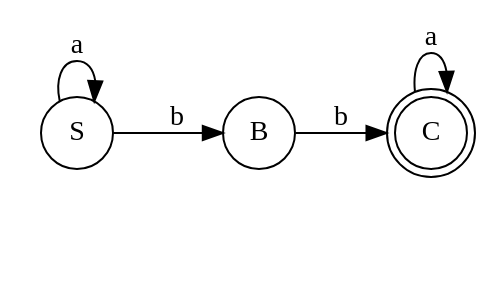
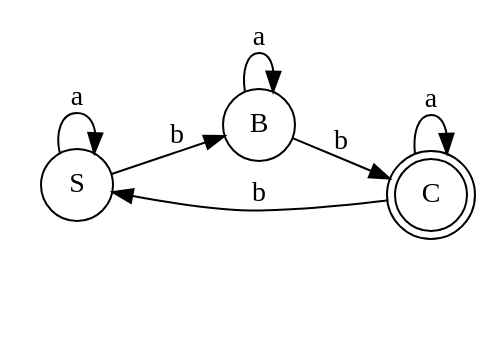
Before and after one commit to bobirok/Automata-ALE2: the diagram in ALE2/ALE2/bin/Debug/abc.dot, drawn with Graphviz. The commit also changed 23 other files, not shown here.

```diff
--- a/ALE2/ALE2/bin/Debug/abc.dot
+++ b/ALE2/ALE2/bin/Debug/abc.dot
@@ -1,12 +1,14 @@
 digraph myAutomaton {
 rankdir=LR;
 "" [shape=none]
 "S" [shape=circle]
 "B" [shape=circle]
 "C" [shape=doublecircle]
 
 "S" -> "S"[label="a"]
 "S" -> "B"[label="b"]
 "C" -> "C"[label="a"]
+"C" -> "S"[label="b"]
 "B" -> "C"[label="b"]
+"B" -> "B"[label="a"]
 }
```
